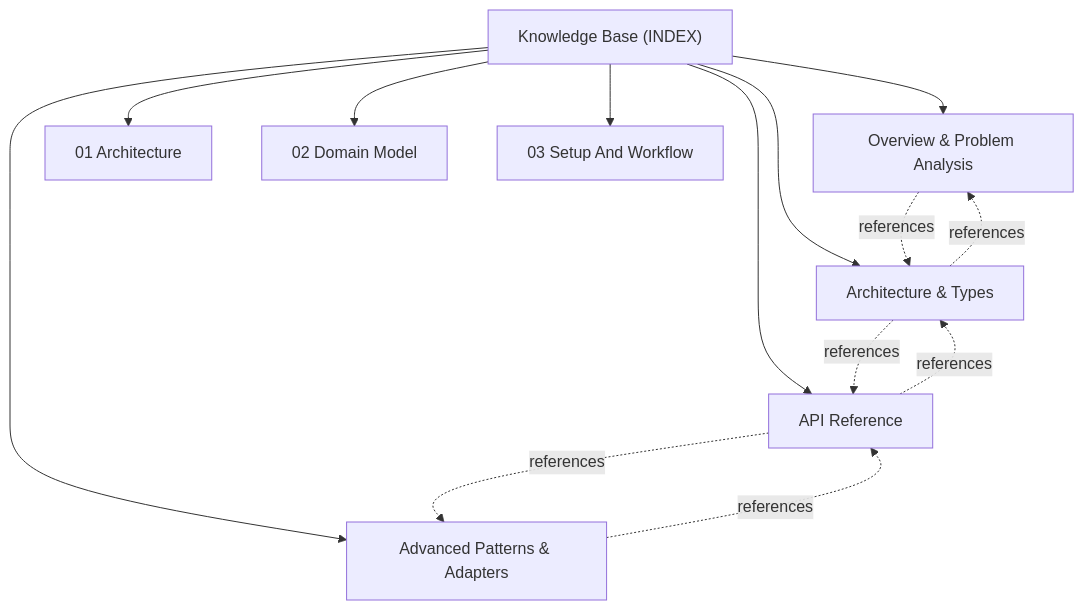
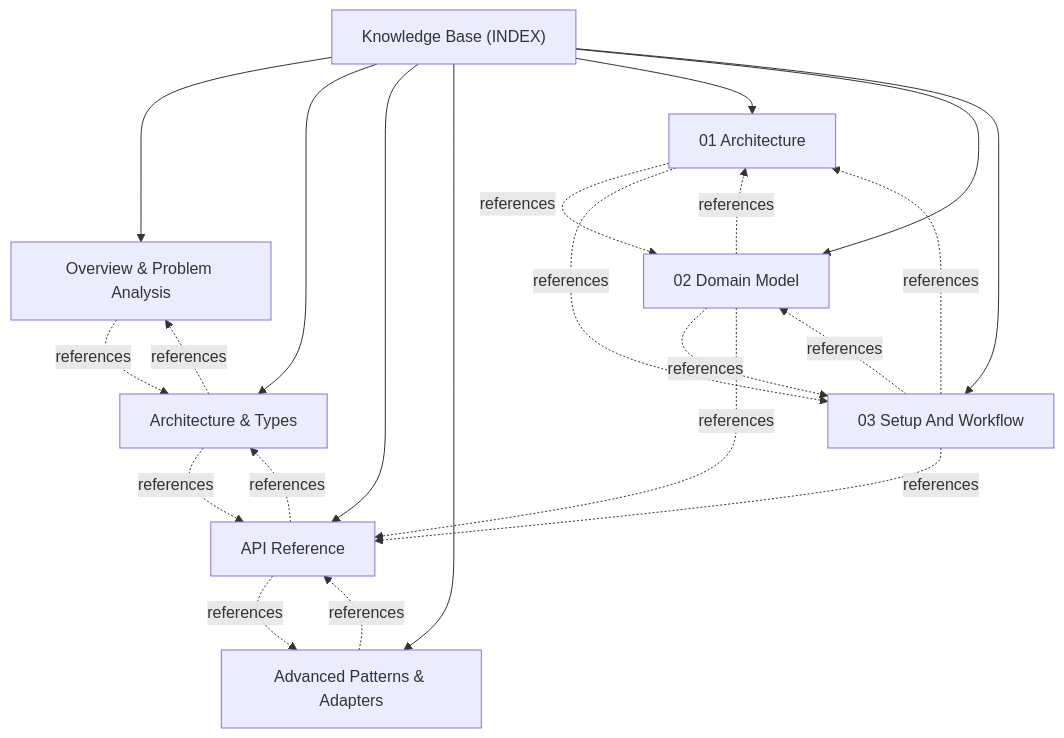
The diagram in docs/INDEX.md (actdim/msgmesh), drawn with Mermaid before and after one commit. The commit also changed other lines of this file and 13 other files, not shown here.

````diff
--- a/docs/INDEX.md
+++ b/docs/INDEX.md
@@ -18,24 +17,32 @@
 ```mermaid
 flowchart TD
     INDEX["Knowledge Base (INDEX)"]
     T_01_OVERVIEW_AND_ANALYSIS["Overview & Problem Analysis"]
     INDEX --> T_01_OVERVIEW_AND_ANALYSIS
-    T_02_ARCHITECTURE_AND_TYPES["Architecture & Types"]
-    INDEX --> T_02_ARCHITECTURE_AND_TYPES
+    T_02__ARCHITECTURE____ARCHITECTURE_MD__AND_TYPES["Architecture & Types"]
+    INDEX --> T_02__ARCHITECTURE____ARCHITECTURE_MD__AND_TYPES
     T_03_API_REFERENCE["API Reference"]
     INDEX --> T_03_API_REFERENCE
     T_04_ADVANCED_PATTERNS["Advanced Patterns & Adapters"]
     INDEX --> T_04_ADVANCED_PATTERNS
     T_ARCHITECTURE["01 Architecture"]
     INDEX --> T_ARCHITECTURE
     T_DOMAIN_MODEL["02 Domain Model"]
     INDEX --> T_DOMAIN_MODEL
     T_SETUP_AND_WORKFLOW["03 Setup And Workflow"]
     INDEX --> T_SETUP_AND_WORKFLOW
-    T_01_OVERVIEW_AND_ANALYSIS -.->|references| T_02_ARCHITECTURE_AND_TYPES
-    T_02_ARCHITECTURE_AND_TYPES -.->|references| T_01_OVERVIEW_AND_ANALYSIS
-    T_02_ARCHITECTURE_AND_TYPES -.->|references| T_03_API_REFERENCE
-    T_03_API_REFERENCE -.->|references| T_02_ARCHITECTURE_AND_TYPES
+    T_01_OVERVIEW_AND_ANALYSIS -.->|references| T_02__ARCHITECTURE____ARCHITECTURE_MD__AND_TYPES
+    T_02__ARCHITECTURE____ARCHITECTURE_MD__AND_TYPES -.->|references| T_01_OVERVIEW_AND_ANALYSIS
+    T_02__ARCHITECTURE____ARCHITECTURE_MD__AND_TYPES -.->|references| T_03_API_REFERENCE
+    T_03_API_REFERENCE -.->|references| T_02__ARCHITECTURE____ARCHITECTURE_MD__AND_TYPES
     T_03_API_REFERENCE -.->|references| T_04_ADVANCED_PATTERNS
     T_04_ADVANCED_PATTERNS -.->|references| T_03_API_REFERENCE
+    T_ARCHITECTURE -.->|references| T_DOMAIN_MODEL
+    T_ARCHITECTURE -.->|references| T_SETUP_AND_WORKFLOW
+    T_DOMAIN_MODEL -.->|references| T_ARCHITECTURE
+    T_DOMAIN_MODEL -.->|references| T_SETUP_AND_WORKFLOW
+    T_DOMAIN_MODEL -.->|references| T_03_API_REFERENCE
+    T_SETUP_AND_WORKFLOW -.->|references| T_ARCHITECTURE
+    T_SETUP_AND_WORKFLOW -.->|references| T_DOMAIN_MODEL
+    T_SETUP_AND_WORKFLOW -.->|references| T_03_API_REFERENCE
 ```
````
